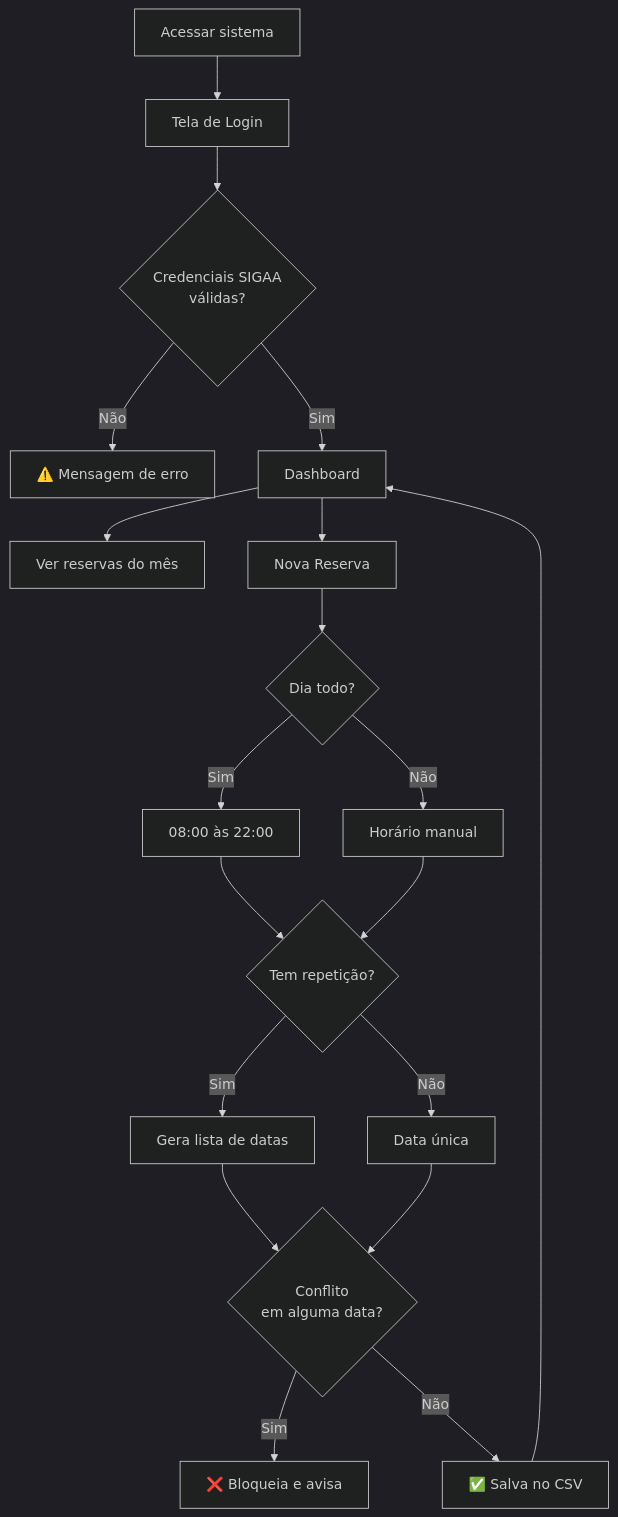
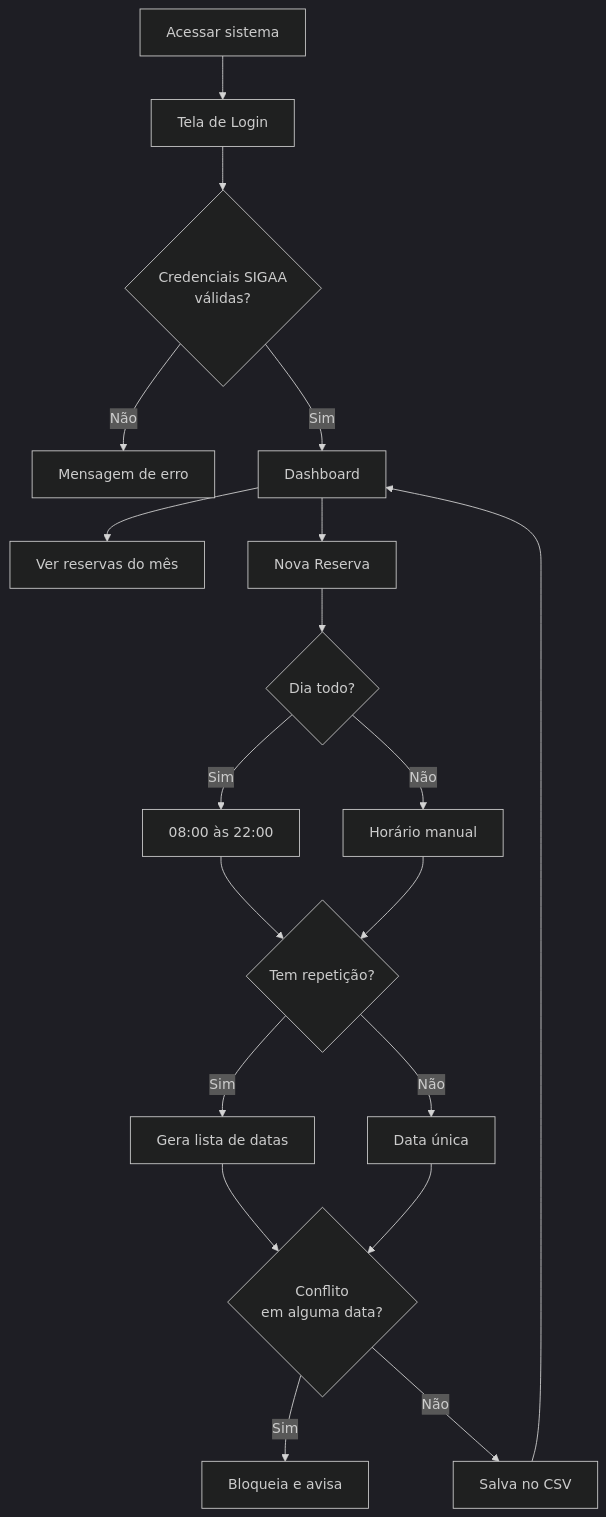
One commit to FelipeMzero/reserva-ufopa-orixi changed the second of 2 diagrams in README.md. Above: the diagram before and after it, drawn with Mermaid (dark theme). The commit also changed other lines of this file, not shown here.

````diff
--- a/README.md
+++ b/README.md
@@ -201,24 +201,24 @@
 ```mermaid
 flowchart TD
     A[Acessar sistema] --> B[Tela de Login]
     B --> C{Credenciais SIGAA\nválidas?}
-    C -->|Não| D[⚠️ Mensagem de erro]
+    C -->|Não| D[Mensagem de erro]
     C -->|Sim| E[Dashboard]
 
     E --> F[Ver reservas do mês]
     E --> G[Nova Reserva]
 
     G --> H{Dia todo?}
     H -->|Sim| I[08:00 às 22:00]
     H -->|Não| J[Horário manual]
 
     I & J --> K{Tem repetição?}
     K -->|Sim| L[Gera lista de datas]
     K -->|Não| M[Data única]
 
     L & M --> N{Conflito\nem alguma data?}
-    N -->|Sim| O[❌ Bloqueia e avisa]
-    N -->|Não| P[✅ Salva no CSV]
+    N -->|Sim| O[Bloqueia e avisa]
+    N -->|Não| P[Salva no CSV]
 
     P --> E
 ```
````
